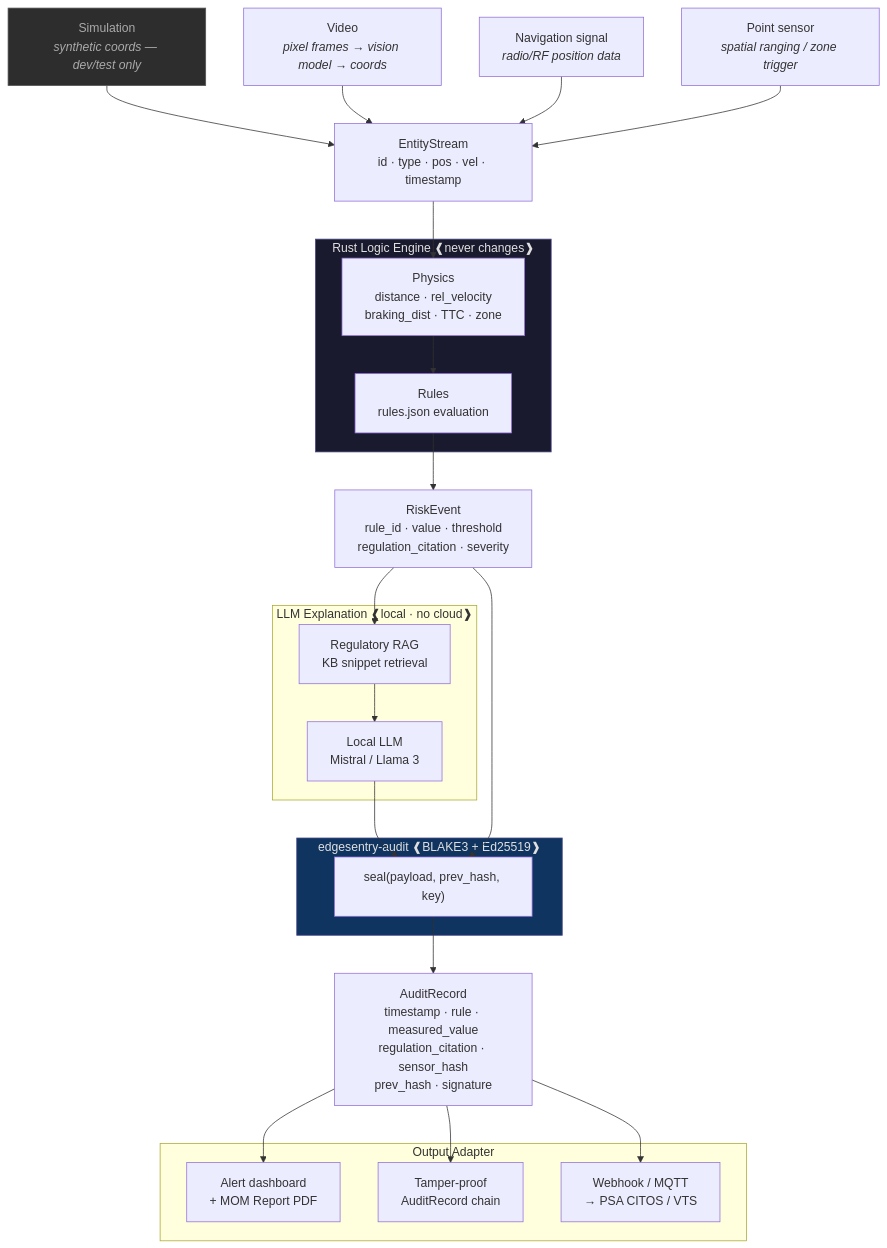
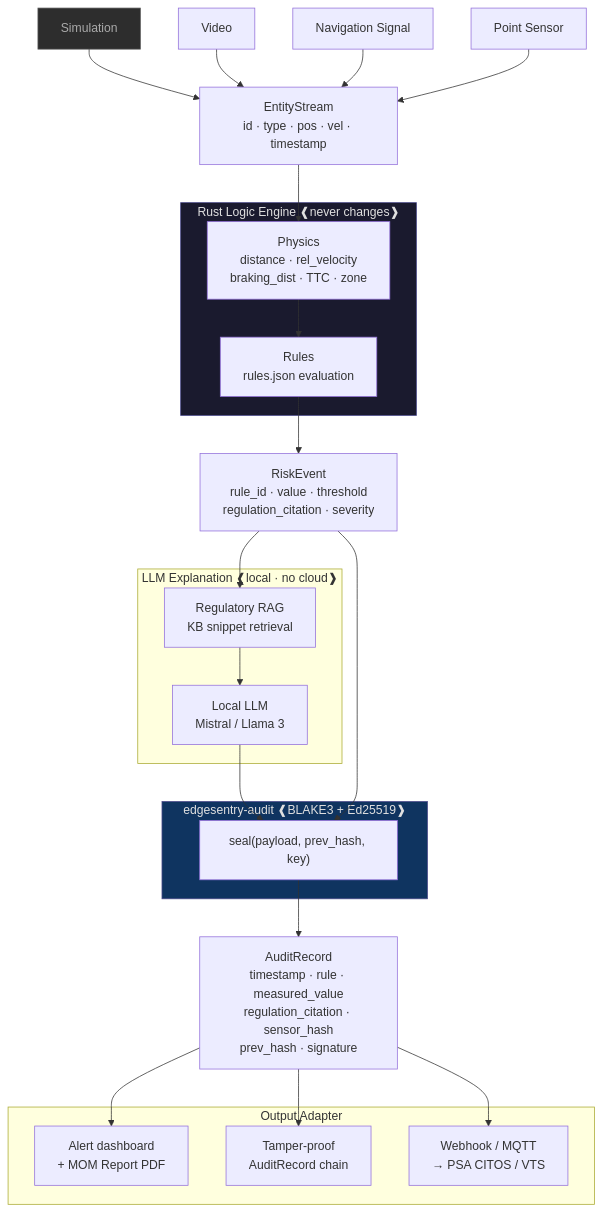
The diagram in docs/roadmap1-poc.md (edgesentry/clarus), drawn with Mermaid before and after one commit.

Commit message:
docs: remove subtitles from input nodes in Mermaid diagram

````diff
--- a/docs/roadmap1-poc.md
+++ b/docs/roadmap1-poc.md
@@ -11,53 +11,53 @@
 ```mermaid
 flowchart TD
-    SIM["Simulation<br/><i>synthetic coords — dev/test only</i>"]
-    VID["Video<br/><i>pixel frames → vision model → coords</i>"]
-    NAV["Navigation signal<br/><i>radio/RF position data</i>"]
-    PTS["Point sensor<br/><i>spatial ranging / zone trigger</i>"]
+    SIM["Simulation"]
+    VID["Video"]
+    NAV["Navigation Signal"]
+    PTS["Point Sensor"]
 
     ES["EntityStream<br/>id · type · pos · vel · timestamp"]
 
     subgraph Engine["Rust Logic Engine  ❰never changes❱"]
         P["Physics<br/>distance · rel_velocity<br/>braking_dist · TTC · zone"]
         RU["Rules<br/>rules.json evaluation"]
     end
 
     RE["RiskEvent<br/>rule_id · value · threshold<br/>regulation_citation · severity"]
 
     subgraph Explanation["LLM Explanation  ❰local · no cloud❱"]
         RAG["Regulatory RAG<br/>KB snippet retrieval"]
         LLM["Local LLM<br/>Mistral / Llama 3"]
     end
 
     subgraph Audit["edgesentry-audit  ❰BLAKE3 + Ed25519❱"]
         SEAL["seal(payload, prev_hash, key)"]
     end
 
     AR["AuditRecord<br/>timestamp · rule · measured_value<br/>regulation_citation · sensor_hash<br/>prev_hash · signature"]
 
     subgraph Output["Output Adapter"]
         DASH["Alert dashboard<br/>+ MOM Report PDF"]
         CHAIN["Tamper-proof<br/>AuditRecord chain"]
         API["Webhook / MQTT<br/>→ PSA CITOS / VTS"]
     end
 
     SIM --> ES
     VID --> ES
     NAV --> ES
     PTS --> ES
     ES --> P
     P --> RU
     RU --> RE
     RE --> RAG
     RAG --> LLM
     LLM --> SEAL
     RE --> SEAL
     SEAL --> AR
     AR --> DASH
     AR --> CHAIN
     AR --> API
 
     style Engine fill:#1a1a2e,color:#e0e0e0,stroke:#4a4a8a
     style Audit fill:#0f3460,color:#e0e0e0,stroke:#4a4a8a
     style SIM fill:#2d2d2d,color:#aaaaaa,stroke:#555555
 ```
````
